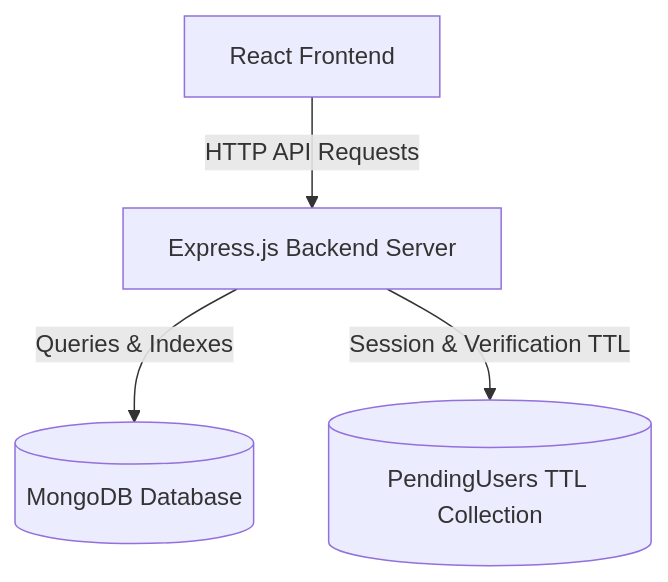
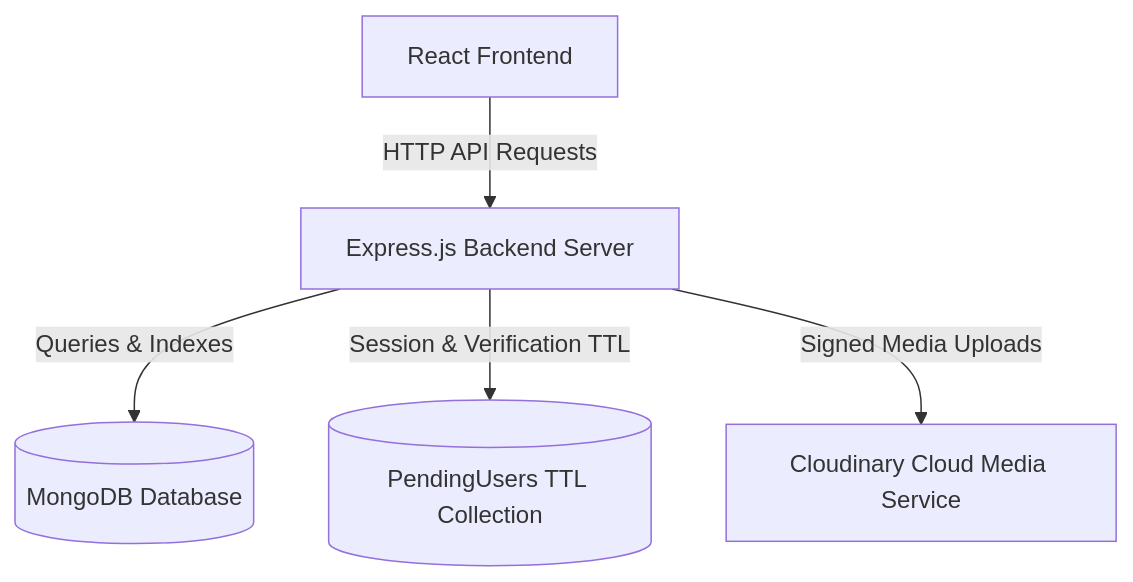
The first of 2 diagrams in README.md (AhsanFayyaz13/MedEasy), drawn with Mermaid before and after one commit. The commit also changed other lines of this file and 1 other file, not shown here.

Commit message:
Update README and system documentation with Cloudinary and Team details

````diff
--- a/README.md
+++ b/README.md
@@ -21,6 +22,7 @@
 ```mermaid
 graph TD
     Client[React Frontend] -->|HTTP API Requests| Express[Express.js Backend Server]
     Express -->|Queries & Indexes| Mongo[(MongoDB Database)]
     Express -->|Session & Verification TTL| PendingCol[(PendingUsers TTL Collection)]
+    Express -->|Signed Media Uploads| Cloudinary[Cloudinary Cloud Media Service]
 ```
````
